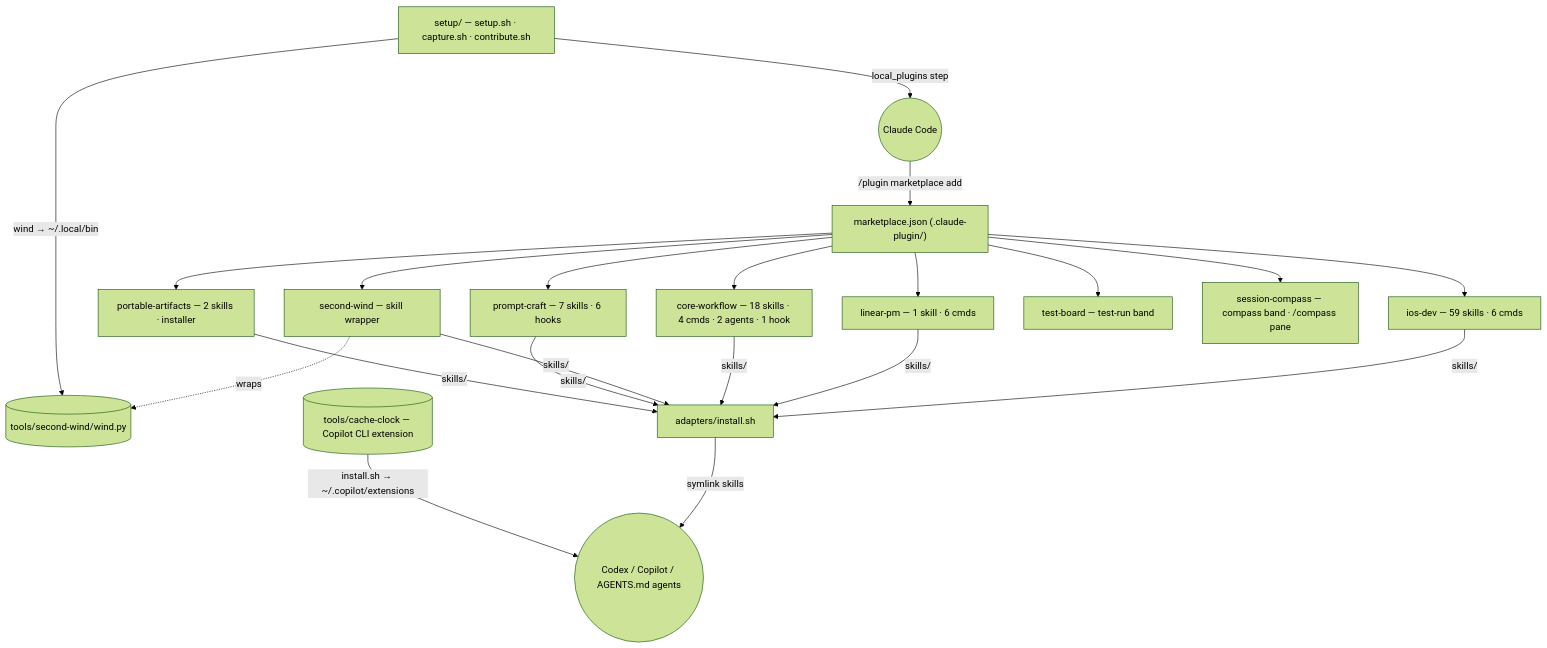
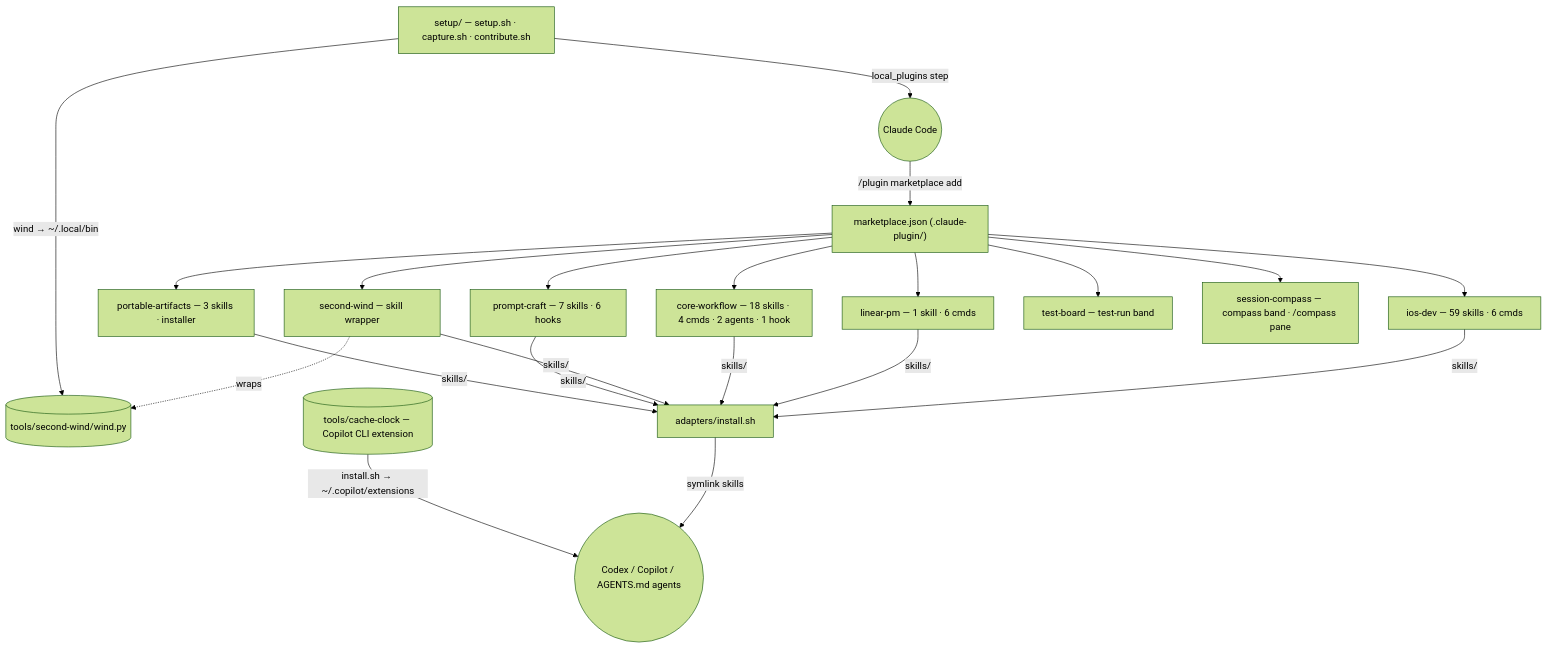
Before and after one commit to abhijitbansal/claude-skills: the diagram in docs/architecture.md, drawn with Mermaid (forest theme). The commit also changed other lines of this file and 59 other files, not shown here.

First line of the commit message:
feat(make-diagram): scaffold the skill; move cli.mjs to shared; inventory 88 -> 89

````diff
--- a/docs/architecture.md
+++ b/docs/architecture.md
@@ -15,27 +15,27 @@
 ```mermaid
 flowchart TD
   MP["marketplace.json (.claude-plugin/)"]
   IOS["ios-dev — 59 skills · 6 cmds"]
   LIN["linear-pm — 1 skill · 6 cmds"]
   CW["core-workflow — 18 skills · 4 cmds · 2 agents · 1 hook"]
   SW["second-wind — skill wrapper"]
   PC["prompt-craft — 7 skills · 6 hooks"]
-  PA["portable-artifacts — 2 skills · installer"]
+  PA["portable-artifacts — 3 skills · installer"]
   TB["test-board — test-run band"]
   SC["session-compass — compass band · /compass pane"]
   WIND[("tools/second-wind/wind.py")]
   CCLK[("tools/cache-clock — Copilot CLI extension")]
   AD["adapters/install.sh"]
   SEED["setup/ — setup.sh · capture.sh · contribute.sh"]
   CC(("Claude Code"))
   OTHER(("Codex / Copilot / AGENTS.md agents"))
 
   MP --> IOS & LIN & CW & SW & PC & PA & TB & SC
   SW -.->|wraps| WIND
   CC -->|"/plugin marketplace add"| MP
   SEED -->|local_plugins step| CC
   SEED -->|"wind → ~/.local/bin"| WIND
   AD -->|symlink skills| OTHER
   CCLK -->|"install.sh → ~/.copilot/extensions"| OTHER
   IOS & LIN & CW & SW & PC & PA -->|skills/| AD
 ```
````
